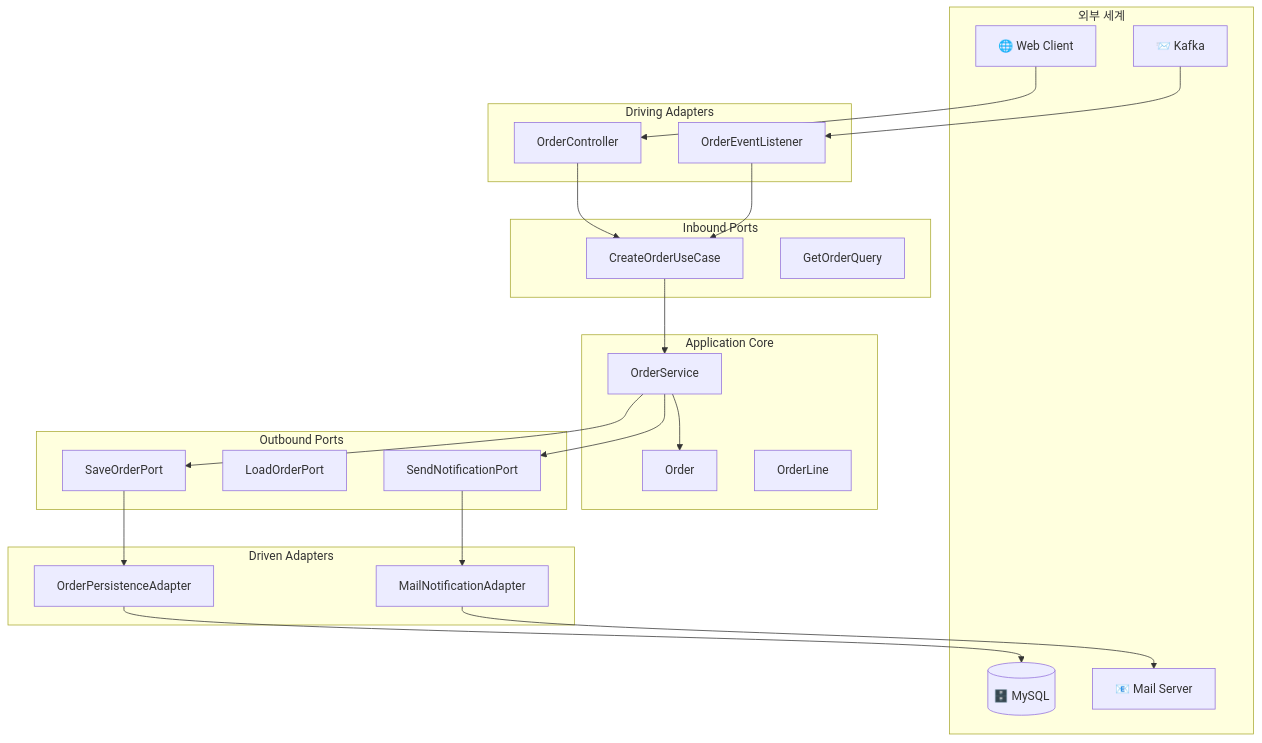
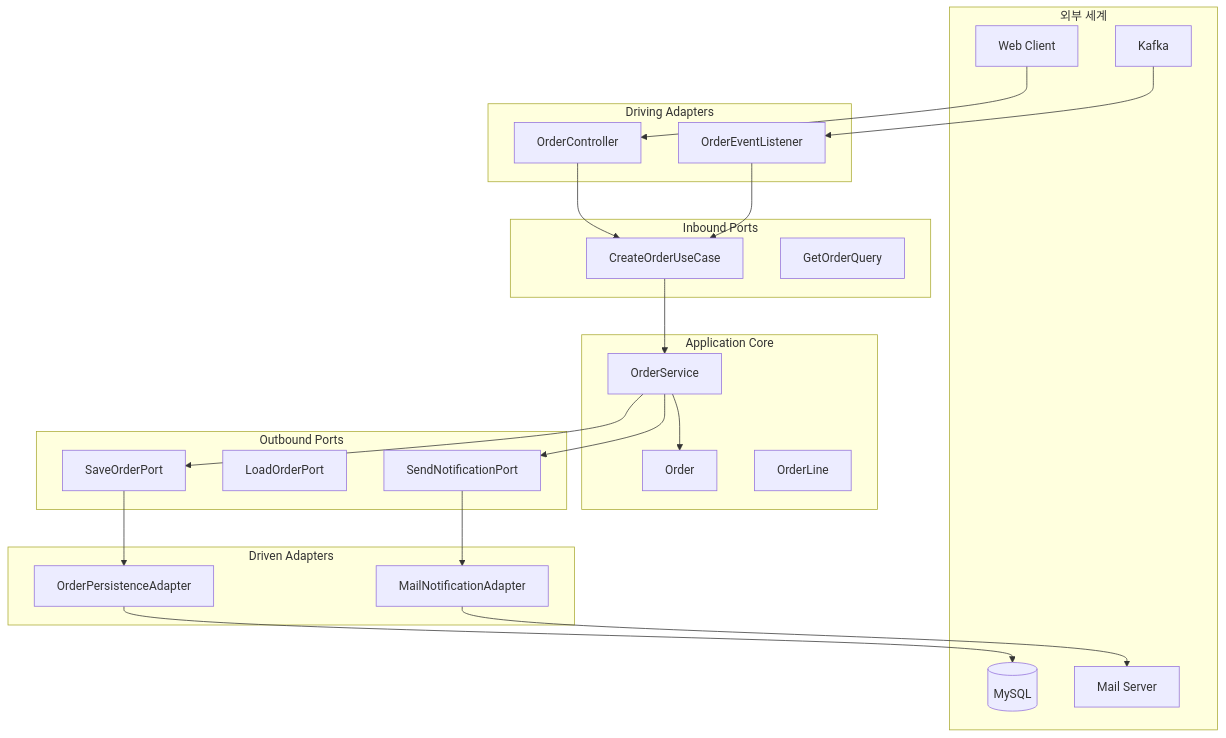
Before and after one commit to advanced-beginner/advanced-beginner.github.io: the sixth of 12 diagrams in content/ko/ddd/concepts/hexagonal-architecture.md, drawn with Mermaid. The commit also changed other lines of this file and 13 other files, not shown here.

````diff
--- a/content/ko/ddd/concepts/hexagonal-architecture.md
+++ b/content/ko/ddd/concepts/hexagonal-architecture.md
@@ -214,49 +222,49 @@
 ```mermaid
 flowchart TB
     subgraph External["외부 세계"]
-        WEB["🌐 Web Client"]
-        MSG["📨 Kafka"]
-        DB[(🗄️ MySQL)]
-        MAIL["📧 Mail Server"]
+        WEB["Web Client"]
+        MSG["Kafka"]
+        DB[("MySQL")]
+        MAIL["Mail Server"]
     end
 
     subgraph DrivingAdapters["Driving Adapters"]
         WA["OrderController"]
         MA["OrderEventListener"]
     end
 
     subgraph InPorts["Inbound Ports"]
         COU["CreateOrderUseCase"]
         GOU["GetOrderQuery"]
     end
 
     subgraph Core["Application Core"]
         OS["OrderService"]
         O["Order"]
         OL["OrderLine"]
     end
 
     subgraph OutPorts["Outbound Ports"]
         SOP["SaveOrderPort"]
         LOP["LoadOrderPort"]
         SNP["SendNotificationPort"]
     end
 
     subgraph DrivenAdapters["Driven Adapters"]
         PA["OrderPersistenceAdapter"]
         NA["MailNotificationAdapter"]
     end
 
     WEB --> WA
     MSG --> MA
     WA --> COU
     MA --> COU
     COU --> OS
     OS --> O
     OS --> SOP
     OS --> SNP
     SOP --> PA
     SNP --> NA
     PA --> DB
     NA --> MAIL
 ```
````
